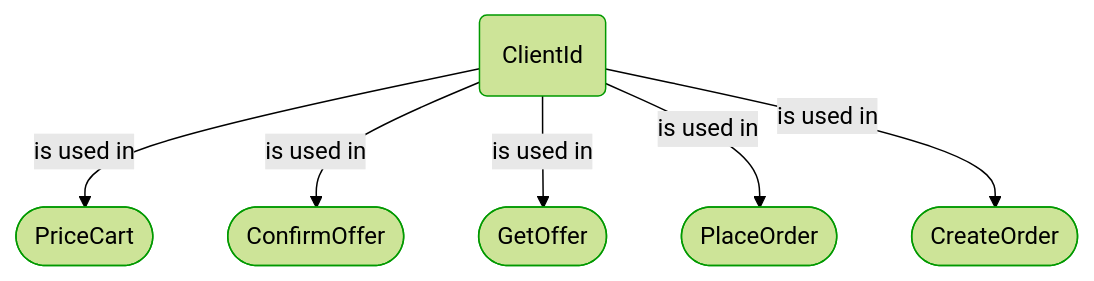
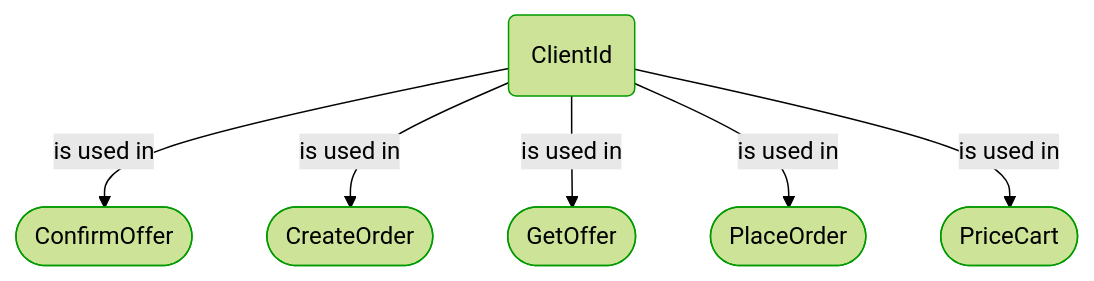
One commit to itlibrium/DDD-starter-dotnet changed the diagram in Docs/P3/MermaidOutput/BuildingBlocks/Sales/Clients/ClientId.md. Above: the diagram before and after it, drawn with Mermaid (forest theme). The commit also changed 78 other files, not shown here.

````diff
--- a/Docs/P3/MermaidOutput/BuildingBlocks/Sales/Clients/ClientId.md
+++ b/Docs/P3/MermaidOutput/BuildingBlocks/Sales/Clients/ClientId.md
@@ -22,23 +22,23 @@
 ```mermaid
   flowchart TB
     0(ClientId)
     class 0 DomainPerspective
-    1([PriceCart])
+    1([ConfirmOffer])
     class 1 DomainPerspective
     0-->|is used in|1
-    2([ConfirmOffer])
+    2([CreateOrder])
     class 2 DomainPerspective
     0-->|is used in|2
     3([GetOffer])
     class 3 DomainPerspective
     0-->|is used in|3
     4([PlaceOrder])
     class 4 DomainPerspective
     0-->|is used in|4
-    5([CreateOrder])
+    5([PriceCart])
     class 5 DomainPerspective
     0-->|is used in|5
     classDef DomainPerspective stroke:#009900
     classDef TechnologyPerspective stroke:#1F41EB
     classDef PeoplePerspective stroke:#FFF014
 ```
````
